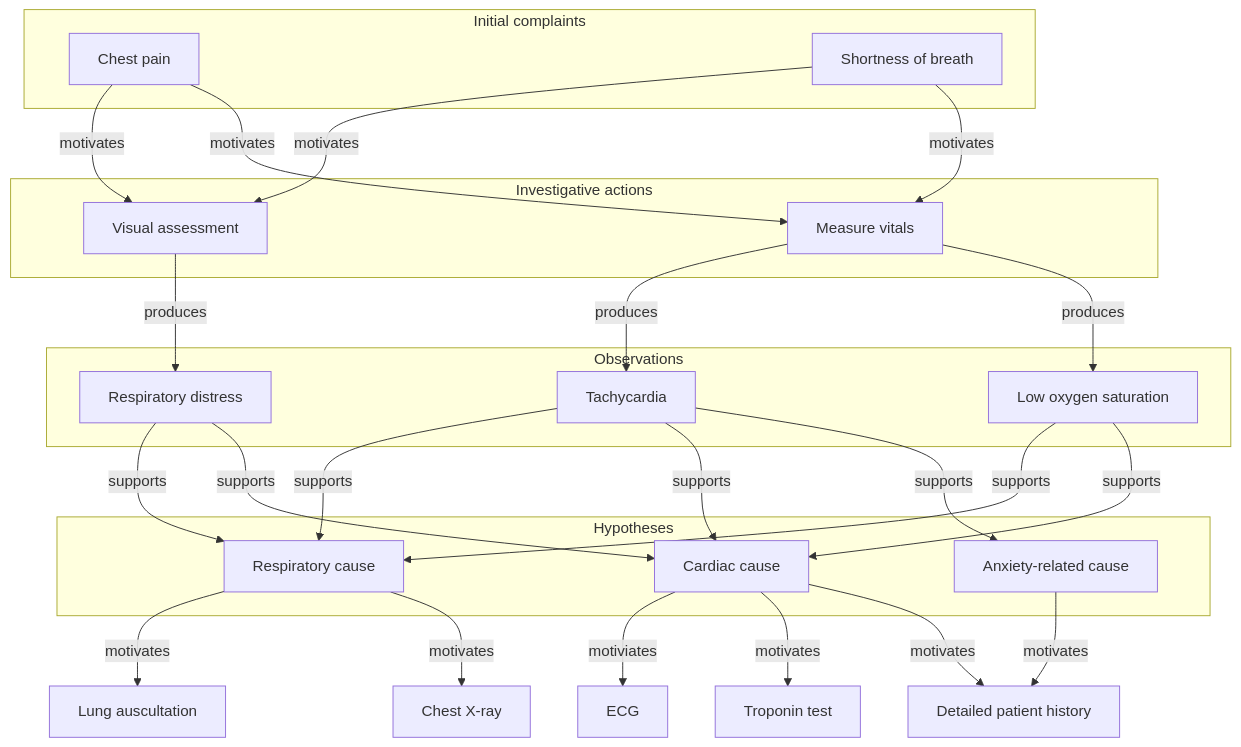
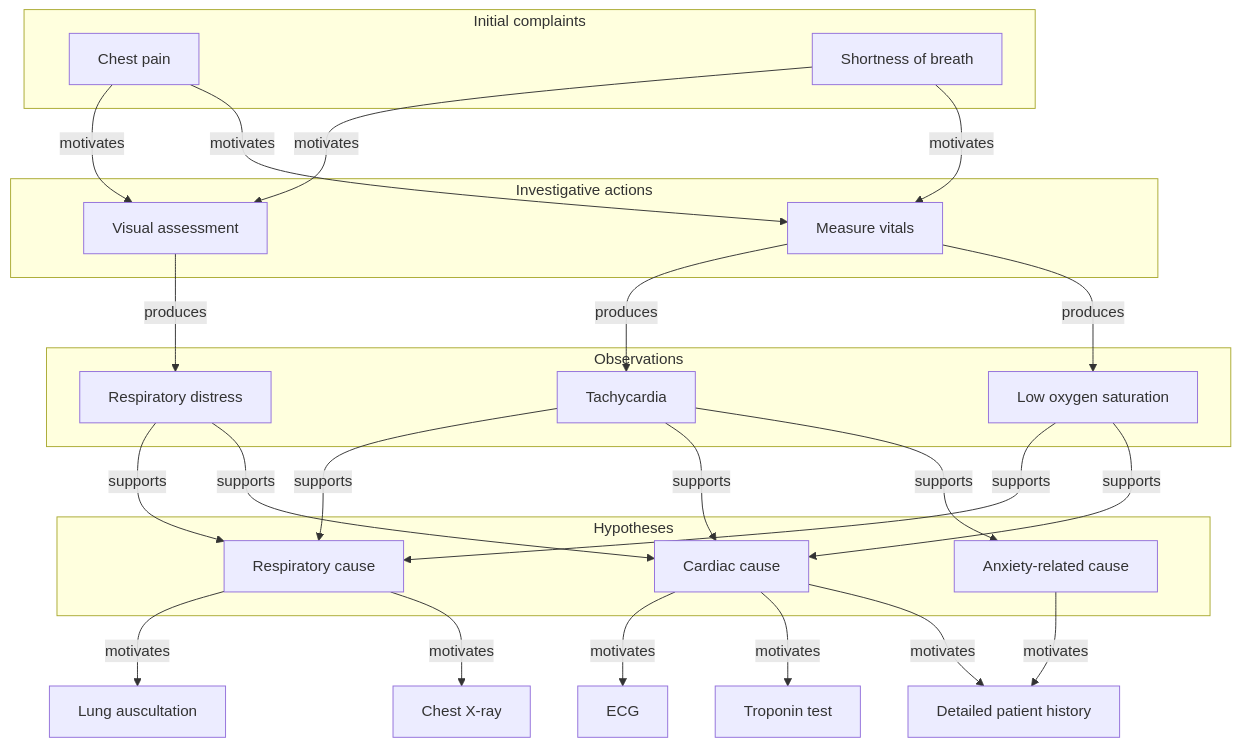
Before and after one commit to kahunacohen/why: the diagram in diagrams/medical.mmd, drawn with Mermaid.

Commit message:
Fix typo in medical diagram relationships

```diff
--- a/diagrams/medical.mmd
+++ b/diagrams/medical.mmd
@@ -1,57 +1,57 @@
 flowchart TD
 
   subgraph complaints["Initial complaints"]
     C1["Chest pain"]
     C2["Shortness of breath"]
   end
 
   subgraph actions["Investigative actions"]
     A1["Visual assessment"]
     A2["Measure vitals"]
   end
 
   C1 -->|motivates| A1
   C2 -->|motivates| A1
   C1 -->|motivates| A2
   C2 -->|motivates| A2
 
   subgraph observations["Observations"]
     O1["Respiratory distress"]
     O2["Tachycardia"]
     O3["Low oxygen saturation"]
   end
 
   A1 -->|produces| O1
   A2 -->|produces| O2
   A2 -->|produces| O3
 
   subgraph hypotheses["Hypotheses"]
     H1["Respiratory cause"]
     H2["Cardiac cause"]
     H3["Anxiety-related cause"]
   end
 
   O1 -->|supports| H1
   O1 -->|supports| H2
 
   O2 -->|supports| H1
   O2 -->|supports| H2
   O2 -->|supports| H3
 
   O3 -->|supports| H1
   O3 -->|supports| H2
 
   A5["Lung auscultation"]
   A6["Chest X-ray"]
   H1 --> |motivates| A5
   H1 --> |motivates| A6
   
   A3["ECG"]
   A4["Troponin test"]
 
-  H2 --> |motiviates| A3
+  H2 --> |motivates| A3
   H2 --> |motivates| A4
 
   A7["Detailed patient history"]
   H3 --> |motivates| A7
   H2 --> |motivates| A7
```
